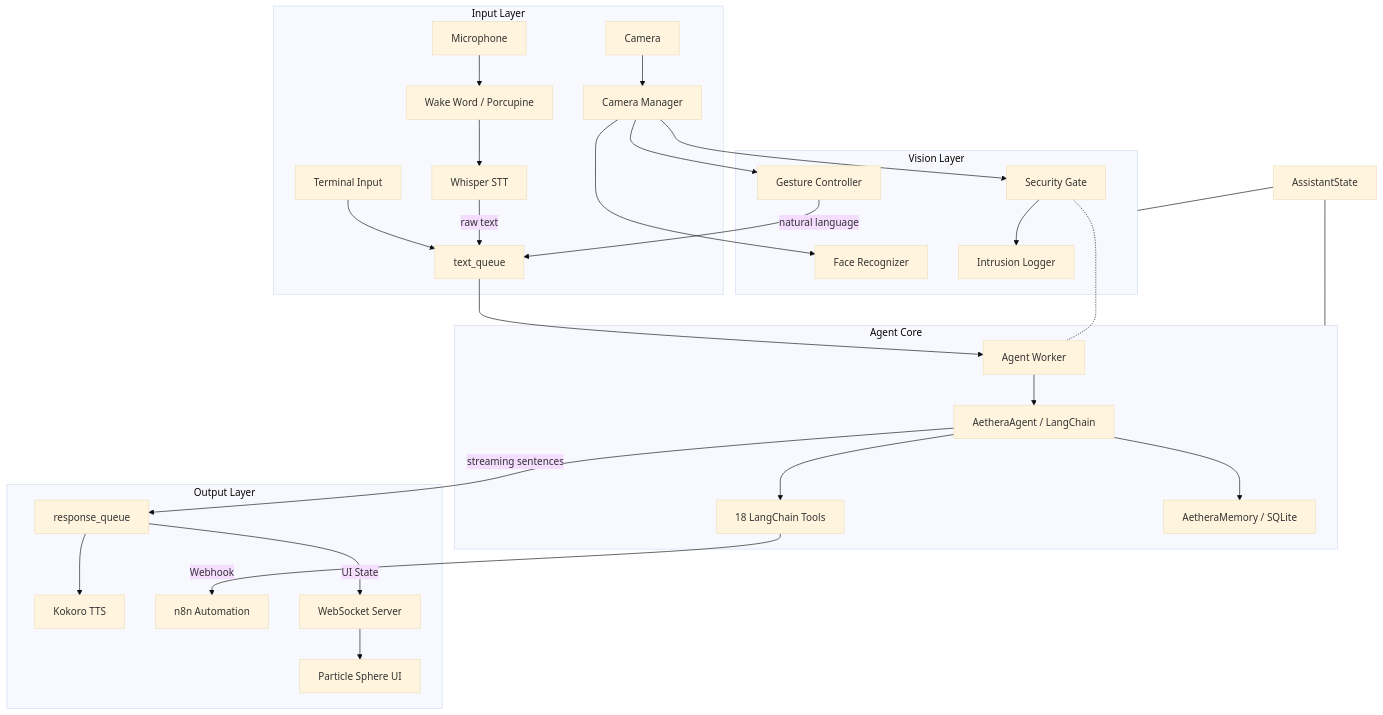
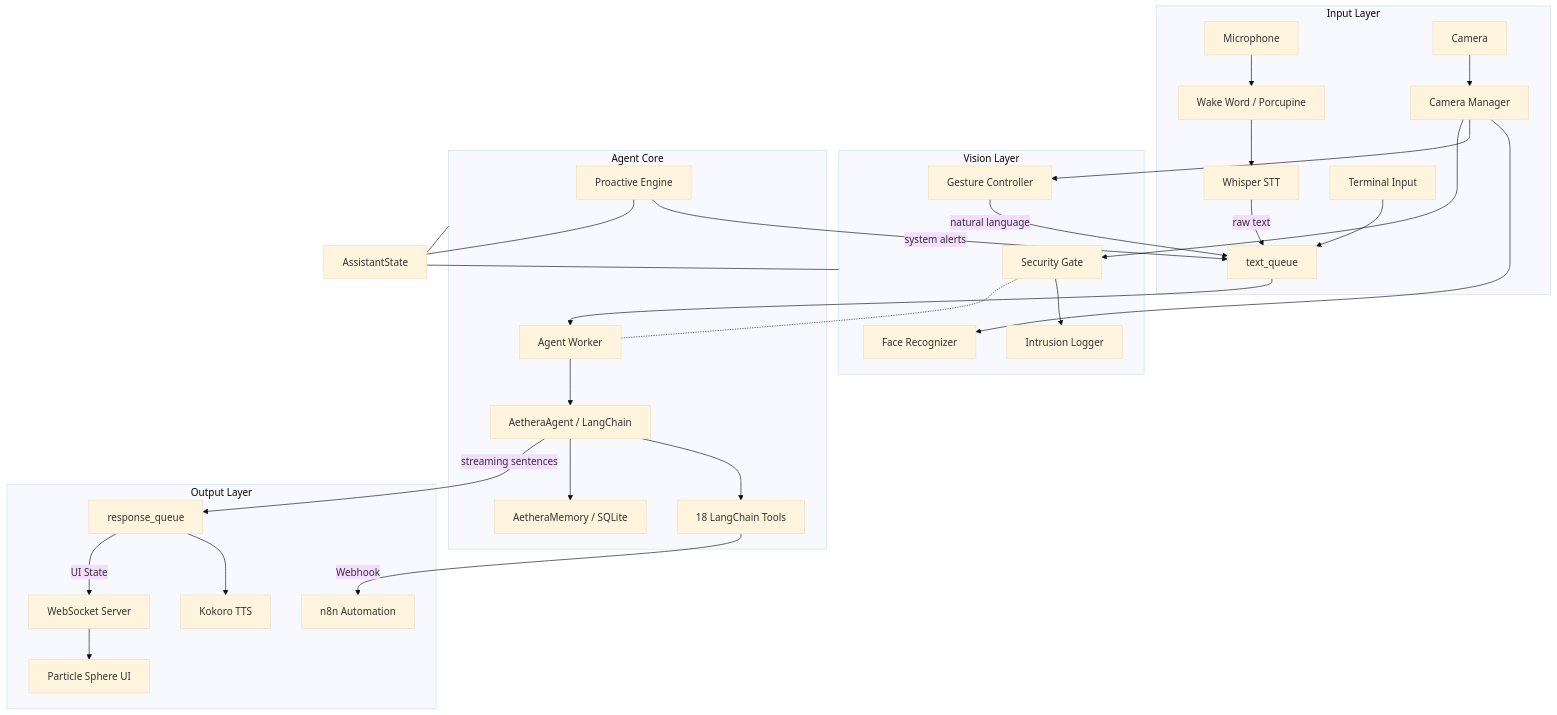
Before and after one commit to SanujaRubasinghe/Aethera-The-Modular-Multi-Modal-Assistant: the diagram in README.md, drawn with Mermaid (base theme). The commit also changed other lines of this file, not shown here.

Commit message:
Update README with Proactive Engine and flow improvements

````diff
--- a/README.md
+++ b/README.md
@@ -52,37 +54,39 @@
 ```mermaid
 graph TB
     subgraph InputLayer ["Input Layer"]
         Mic[Microphone] --> WW[Wake Word / Porcupine]
         WW --> STT[Whisper STT]
         Cam[Camera] --> CM[Camera Manager]
         Term[Terminal Input] --> TQ[text_queue]
     end
 
     subgraph VisionLayer ["Vision Layer"]
         CM --> FR[Face Recognizer]
         CM --> GC[Gesture Controller]
         CM --> SG[Security Gate]
         SG --> IL[Intrusion Logger]
     end
 
     subgraph AgentCore ["Agent Core"]
         STT -->|raw text| TQ
         GC -->|natural language| TQ
+        PE[Proactive Engine] -->|system alerts| TQ
         TQ --> AW[Agent Worker]
         SG -.- AW
         AW --> Agent[AetheraAgent / LangChain]
         Agent --> Tools[18 LangChain Tools]
         Agent --> Mem[AetheraMemory / SQLite]
     end
 
     subgraph OutputLayer ["Output Layer"]
         Agent -->|streaming sentences| RQ[response_queue]
         RQ --> TTS[Kokoro TTS]
         Tools -->|Webhook| n8n[n8n Automation]
         RQ -->|UI State| WS[WebSocket Server]
         WS --> Vis[Particle Sphere UI]
     end
 
     S[AssistantState] --- AgentCore
     S --- VisionLayer
+    PE --- S
 ```
````
